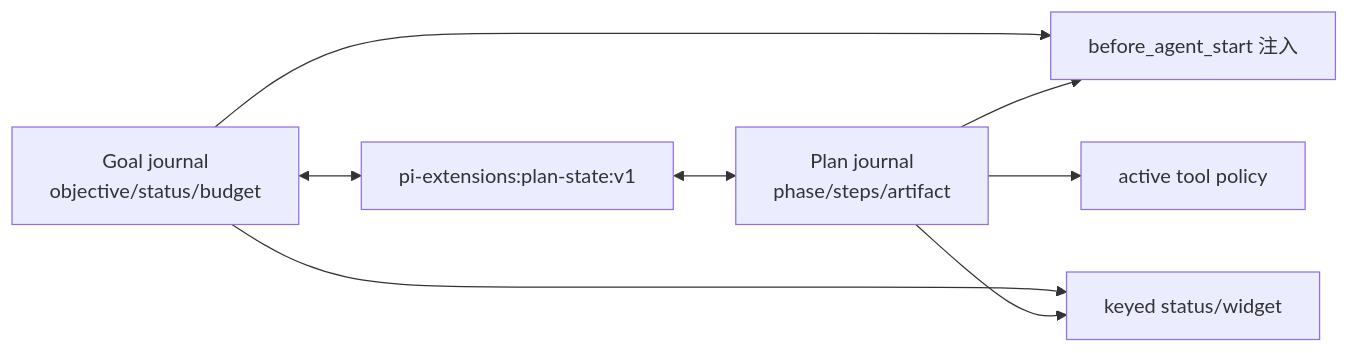
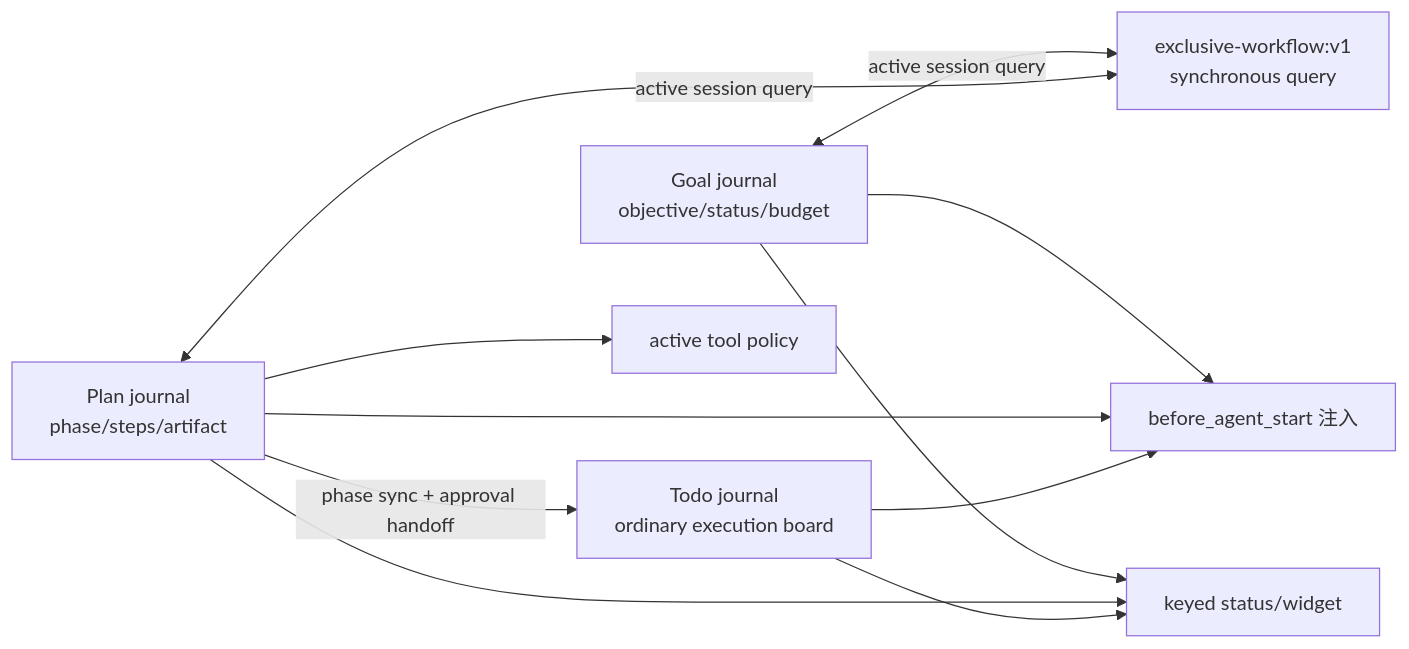
Before and after one commit to jaronic/pi-extensions: the ninth of 14 diagrams in docs/design/03-context-and-sessions.md, drawn with Mermaid. The commit also changed other lines of this file and 49 other files, not shown here.

First line of the commit message:
refactor(goal,plan,todo): exclusive workflow protocol and settled-board cleanup

````diff
--- a/docs/design/03-context-and-sessions.md
+++ b/docs/design/03-context-and-sessions.md
@@ -231,16 +231,21 @@
 ```mermaid
 flowchart LR
     Goal[Goal journal<br/>objective/status/budget]
     Plan[Plan journal<br/>phase/steps/artifact]
-    Event[pi-extensions:plan-state:v1]
+    Todo[Todo journal<br/>ordinary execution board]
+    Query[exclusive-workflow:v1<br/>synchronous query]
     Prompt[before_agent_start 注入]
     Tools[active tool policy]
     UI[keyed status/widget]
 
-    Goal <--> Event <--> Plan
+    Goal <-->|active session query| Query
+    Plan <-->|active session query| Query
+    Plan -->|phase sync + approval handoff| Todo
     Goal --> Prompt
     Plan --> Prompt
+    Todo --> Prompt
     Plan --> Tools
     Goal --> UI
     Plan --> UI
+    Todo --> UI
 ```
````
